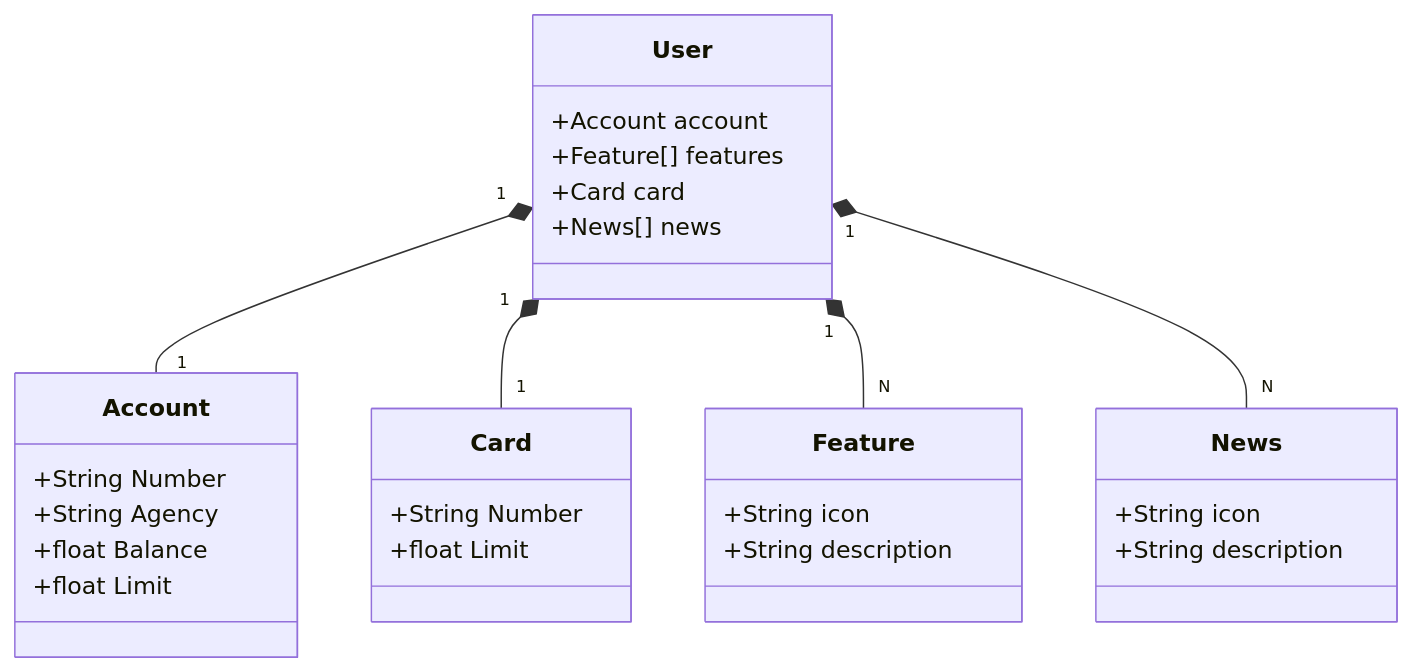
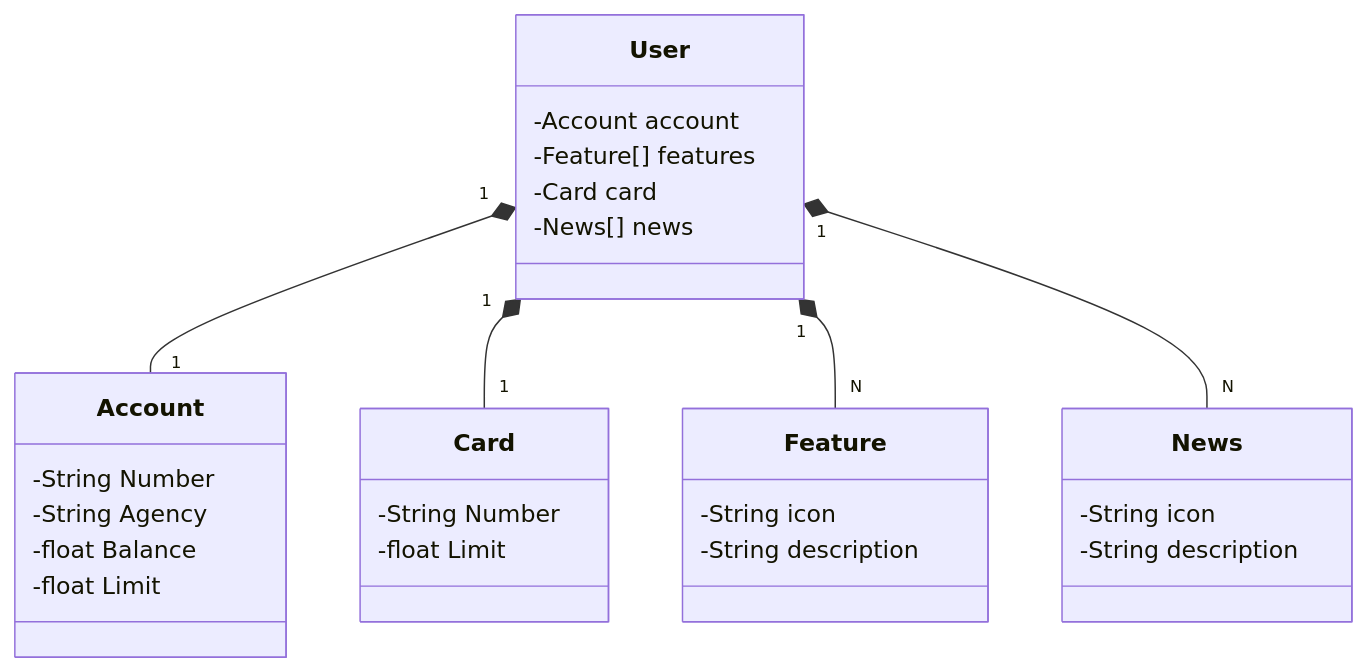
Before and after one commit to Devsco7/API-REST-na-Nuvem: the diagram in README.md, drawn with Mermaid.

````diff
--- a/README.md
+++ b/README.md
@@ -6,36 +6,36 @@
 ```mermaid
 classDiagram
     class User {
-        +Account account
-        +Feature[] features
-        +Card card
-        +News[] news
+        -Account account
+        -Feature[] features
+        -Card card
+        -News[] news
     }
 
     class Account {
-        +String Number
-        +String Agency
-        +float Balance
-        +float Limit
+        -String Number
+        -String Agency
+        -float Balance
+        -float Limit
     }
 
     class Feature {
-        +String icon
-        +String description
+        -String icon
+        -String description
     }
 
     class Card {
-        +String Number
-        +float Limit
+        -String Number
+        -float Limit
     }
 
     class News {
-        +String icon
-        +String description
+        -String icon
+        -String description
     }
 
     User "1" *-- "1" Account
     User "1" *-- "1" Card
     User "1" *-- "N" Feature
     User "1" *-- "N" News
 ```
````
